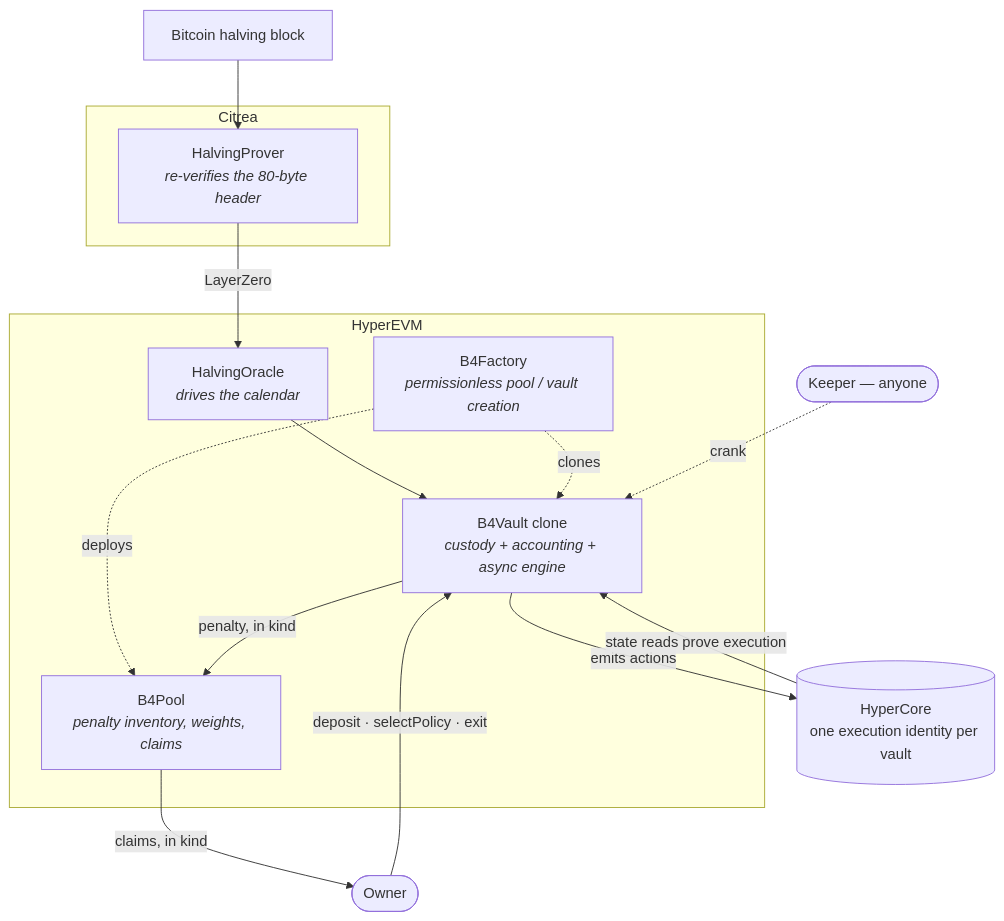
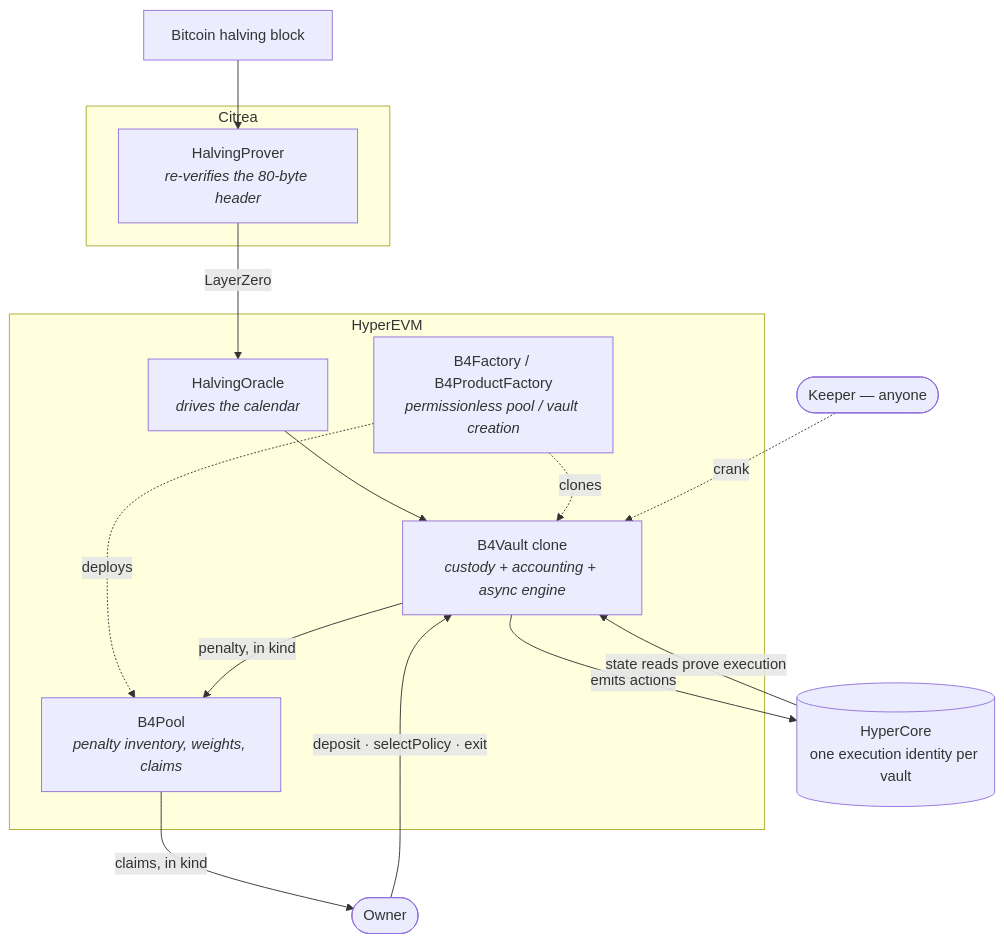
Before and after one commit to gvakhrushev/b4_core: the first of 2 diagrams in README.md, drawn with Mermaid. The commit also changed other lines of this file and 105 other files, not shown here.

````diff
--- a/README.md
+++ b/README.md
@@ -61,31 +61,31 @@
 ```mermaid
 flowchart TB
     BTC["Bitcoin halving block"]
 
     subgraph CIT ["Citrea"]
         PROVER["HalvingProver<br/><i>re-verifies the 80-byte header</i>"]
     end
 
     subgraph HE ["HyperEVM"]
         ORACLE["HalvingOracle<br/><i>drives the calendar</i>"]
-        FACTORY["B4Factory<br/><i>permissionless pool / vault creation</i>"]
+        FACTORY["B4Factory / B4ProductFactory<br/><i>permissionless pool / vault creation</i>"]
         VAULT["B4Vault clone<br/><i>custody + accounting + async engine</i>"]
         POOL["B4Pool<br/><i>penalty inventory, weights, claims</i>"]
     end
 
     CORE[("HyperCore<br/>one execution identity per vault")]
     OWNER(["Owner"])
     KEEPER(["Keeper — anyone"])
 
     BTC --> PROVER
     PROVER -- "LayerZero" --> ORACLE
     ORACLE --> VAULT
     FACTORY -. clones .-> VAULT
     FACTORY -. deploys .-> POOL
     VAULT -- "emits actions" --> CORE
     CORE -- "state reads prove execution" --> VAULT
     VAULT -- "penalty, in kind" --> POOL
     POOL -- "claims, in kind" --> OWNER
     OWNER -- "deposit · selectPolicy · exit" --> VAULT
     KEEPER -. crank .-> VAULT
 ```
````
